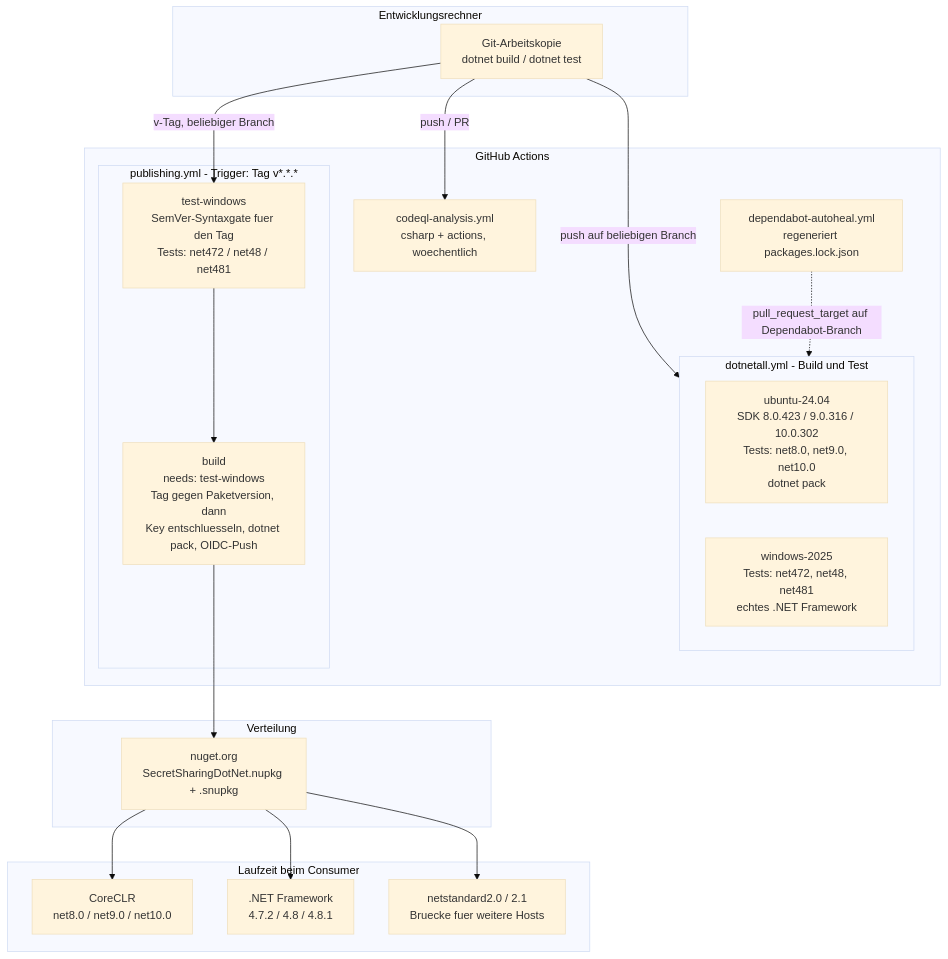
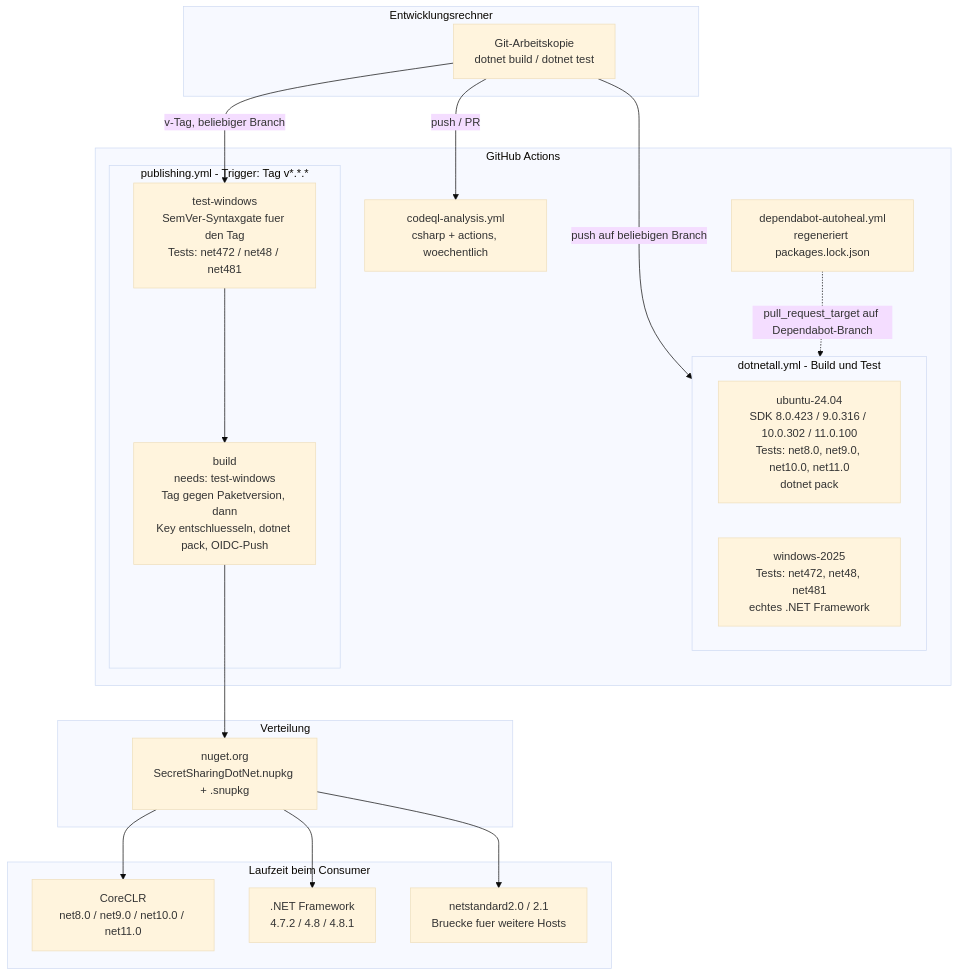
Before and after one commit to shinji-san/SecretSharingDotNet: the tenth of 10 diagrams in docs/architecture/arc42.de.md, drawn with Mermaid (base theme). The commit also changed other lines of this file and 5 other files, not shown here.

````diff
--- a/docs/architecture/arc42.de.md
+++ b/docs/architecture/arc42.de.md
@@ -917,39 +925,39 @@
 ```mermaid
 flowchart TD
     subgraph dev["Entwicklungsrechner"]
         repo["Git-Arbeitskopie<br/>dotnet build / dotnet test"]
     end
 
     subgraph gh["GitHub Actions"]
         subgraph ci["dotnetall.yml - Build und Test"]
-            ubuntu["ubuntu-24.04<br/>SDK 8.0.423 / 9.0.316 / 10.0.302<br/>Tests: net8.0, net9.0, net10.0<br/>dotnet pack"]
+            ubuntu["ubuntu-24.04<br/>SDK 8.0.423 / 9.0.316 / 10.0.302 / 11.0.100<br/>Tests: net8.0, net9.0, net10.0, net11.0<br/>dotnet pack"]
             windows["windows-2025<br/>Tests: net472, net48, net481<br/>echtes .NET Framework"]
         end
         codeql["codeql-analysis.yml<br/>csharp + actions, woechentlich"]
         autoheal["dependabot-autoheal.yml<br/>regeneriert packages.lock.json"]
         subgraph publish["publishing.yml - Trigger: Tag v*.*.*"]
             pubTest["test-windows<br/>SemVer-Syntaxgate fuer den Tag<br/>Tests: net472 / net48 / net481"]
             pubBuild["build<br/>needs: test-windows<br/>Tag gegen Paketversion, dann<br/>Key entschluesseln, dotnet pack, OIDC-Push"]
         end
     end
 
     subgraph dist["Verteilung"]
         nuget["nuget.org<br/>SecretSharingDotNet.nupkg + .snupkg"]
     end
 
     subgraph runtime["Laufzeit beim Consumer"]
-        netcore["CoreCLR<br/>net8.0 / net9.0 / net10.0"]
+        netcore["CoreCLR<br/>net8.0 / net9.0 / net10.0 / net11.0"]
         netfx[".NET Framework<br/>4.7.2 / 4.8 / 4.8.1"]
         netstd["netstandard2.0 / 2.1<br/>Bruecke fuer weitere Hosts"]
     end
 
     repo -->|push auf beliebigen Branch| ci
     repo -->|push / PR| codeql
     repo -->|v-Tag, beliebiger Branch| pubTest
     pubTest --> pubBuild
     pubBuild --> nuget
     autoheal -.->|pull_request_target auf Dependabot-Branch| ci
     nuget --> netcore
     nuget --> netfx
     nuget --> netstd
 ```
````
